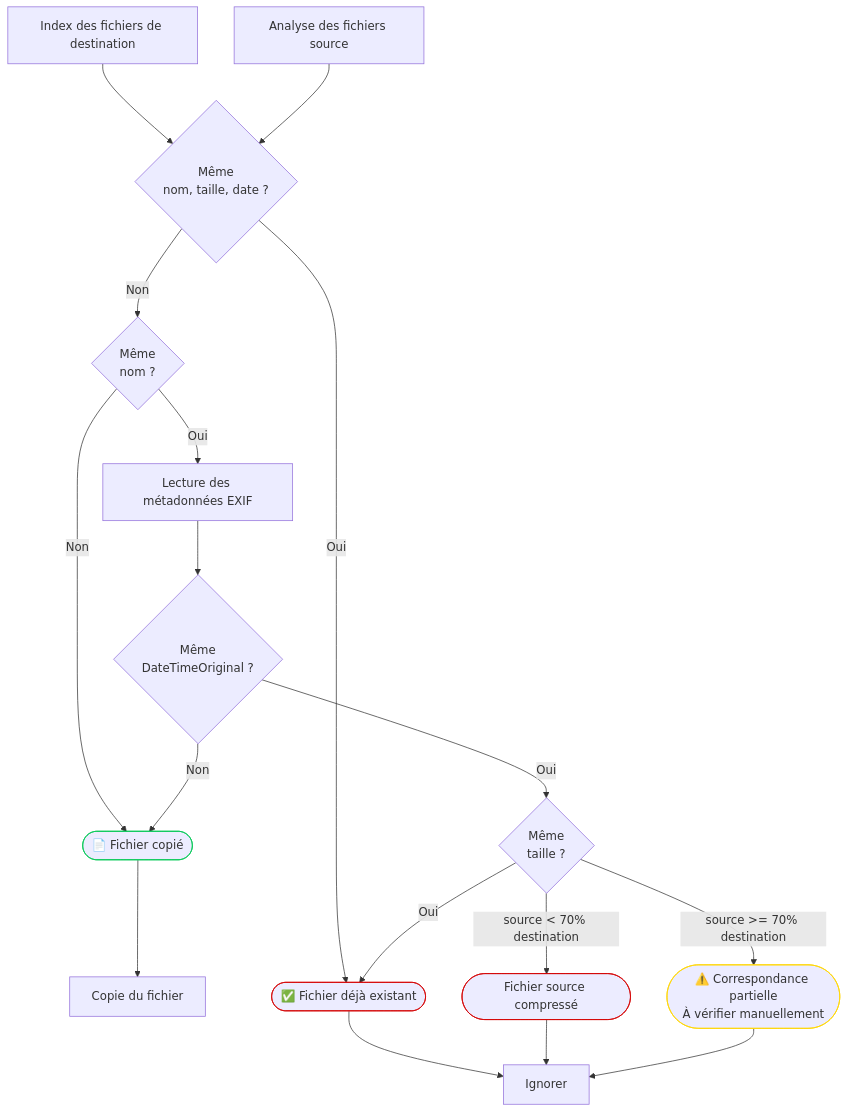
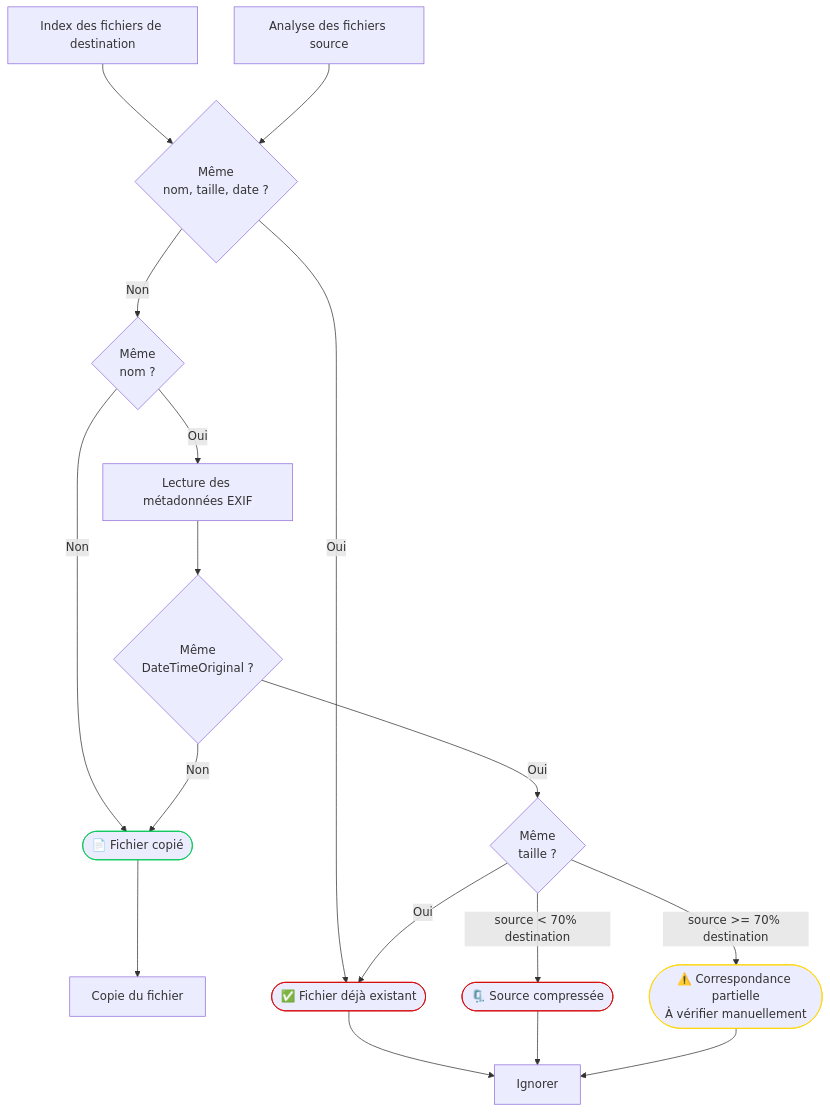
The diagram in docs/README.fr.md (FunkyKwak/unique-photo-transfer), drawn with Mermaid before and after one commit. The commit also changed other lines of this file, not shown here.

````diff
--- a/docs/README.fr.md
+++ b/docs/README.fr.md
@@ -54,45 +54,45 @@
 ```mermaid
 flowchart TD
 
     A[Index des fichiers de destination]
     B[Analyse des fichiers source]
     C{Même<br>nom, taille, date ?}
     D[Copie du fichier]
     E([✅ Fichier déjà existant])
     F[Lecture des métadonnées EXIF]
     G{Même<br>DateTimeOriginal ?}
     H([📄 Fichier copié])
     I([⚠️ Correspondance partielle<br>À vérifier manuellement])
     J[Ignorer]
     L{Même<br>taille ?}
-    M([Fichier source compressé])
+    M([🗜️ Source compressée])
 
     A --> C
     B --> C
 
     C -->|Oui| E
     C -->|Non| K{Même<br>nom ?}
     
     K -->|Non| H
     K -->|Oui| F
 
     F --> G
 
     G -->|Oui| L
     G -->|Non| H
 
     L -->|Oui| E
     L -->|source < 70% destination| M
     L -->|source >= 70% destination| I
     
     H --> D
 
     E --> J
     M --> J
     I --> J
     
     style H stroke:#00C853
     style E stroke:#D50000
     style M stroke:#D50000
     style I stroke:#FFD600
 ```
````
